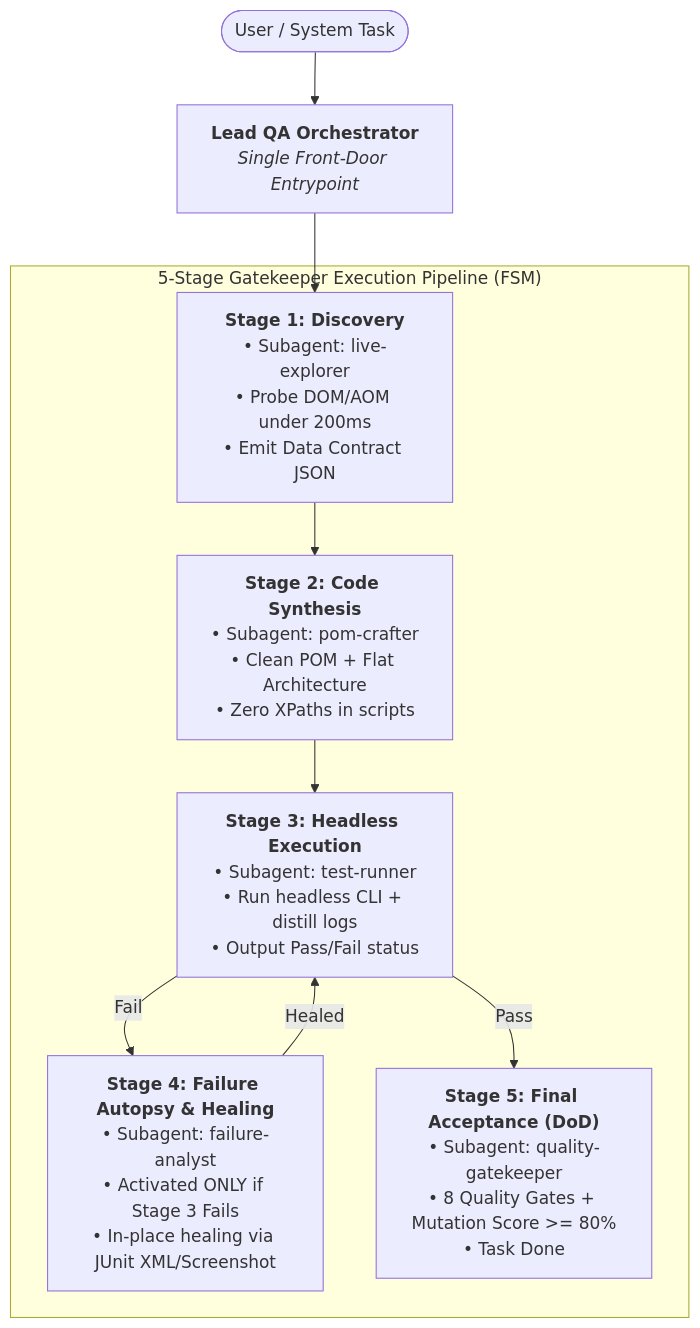
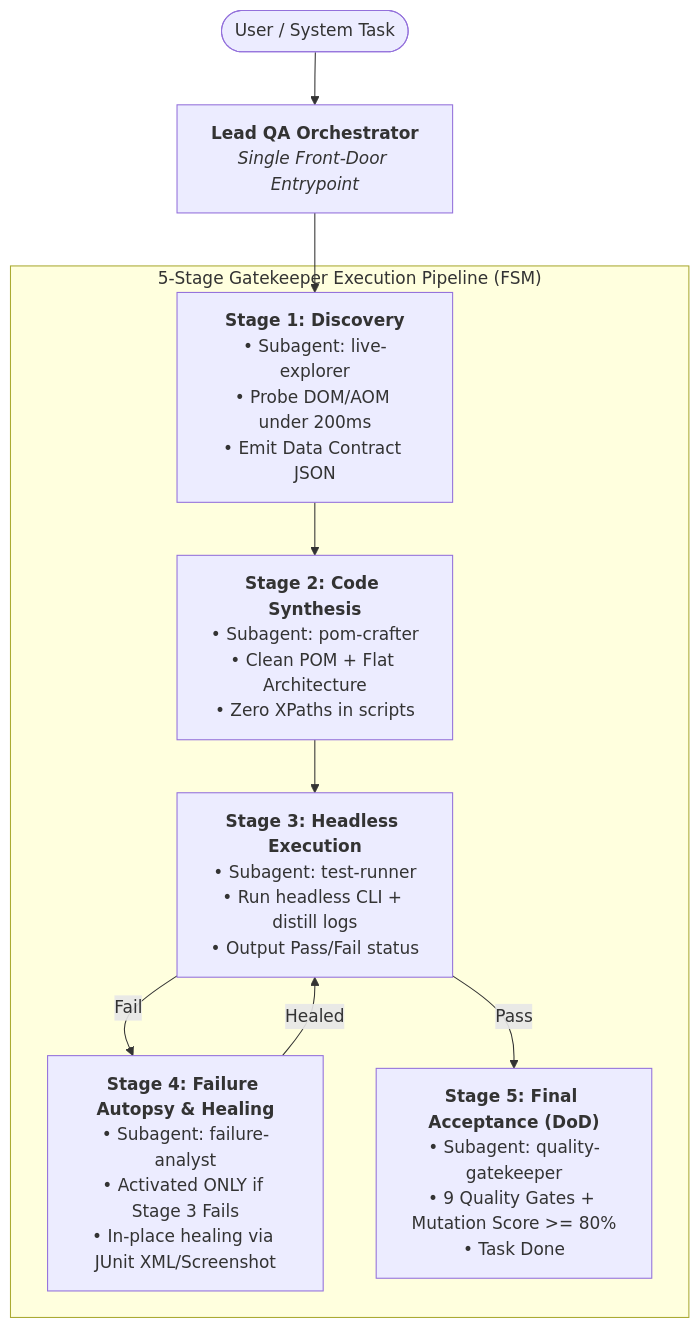
One commit to TeeVee998/Synapse-Hub changed the diagram in AGENTS.md. Above: the diagram before and after it, drawn with Mermaid. The commit also changed other lines of this file and 21 other files, not shown here.

Commit message:
docs(gates): sync stale 7/8 Quality Gates references to actual 9 Gates (Gate 0-8)

````diff
--- a/AGENTS.md
+++ b/AGENTS.md
@@ -111,19 +111,19 @@
 ```mermaid
 flowchart TD
     User([User / System Task]) --> Orchestrator["<b>Lead QA Orchestrator</b><br/><i>Single Front-Door Entrypoint</i>"]
     
     subgraph FSM["5-Stage Gatekeeper Execution Pipeline (FSM)"]
         Stage1["<b>Stage 1: Discovery</b><br/>• Subagent: live-explorer<br/>• Probe DOM/AOM under 200ms<br/>• Emit Data Contract JSON"]
         Stage2["<b>Stage 2: Code Synthesis</b><br/>• Subagent: pom-crafter<br/>• Clean POM + Flat Architecture<br/>• Zero XPaths in scripts"]
         Stage3["<b>Stage 3: Headless Execution</b><br/>• Subagent: test-runner<br/>• Run headless CLI + distill logs<br/>• Output Pass/Fail status"]
         Stage4["<b>Stage 4: Failure Autopsy & Healing</b><br/>• Subagent: failure-analyst<br/>• Activated ONLY if Stage 3 Fails<br/>• In-place healing via JUnit XML/Screenshot"]
-        Stage5["<b>Stage 5: Final Acceptance (DoD)</b><br/>• Subagent: quality-gatekeeper<br/>• 8 Quality Gates + Mutation Score >= 80%<br/>• Task Done"]
+        Stage5["<b>Stage 5: Final Acceptance (DoD)</b><br/>• Subagent: quality-gatekeeper<br/>• 9 Quality Gates + Mutation Score >= 80%<br/>• Task Done"]
         
         Stage1 --> Stage2 --> Stage3
         Stage3 -->|Pass| Stage5
         Stage3 -->|Fail| Stage4
         Stage4 -->|Healed| Stage3
     end
 
     Orchestrator --> Stage1
 ```
````
